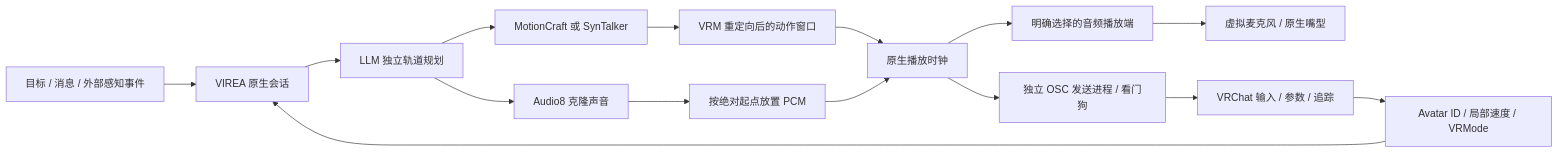
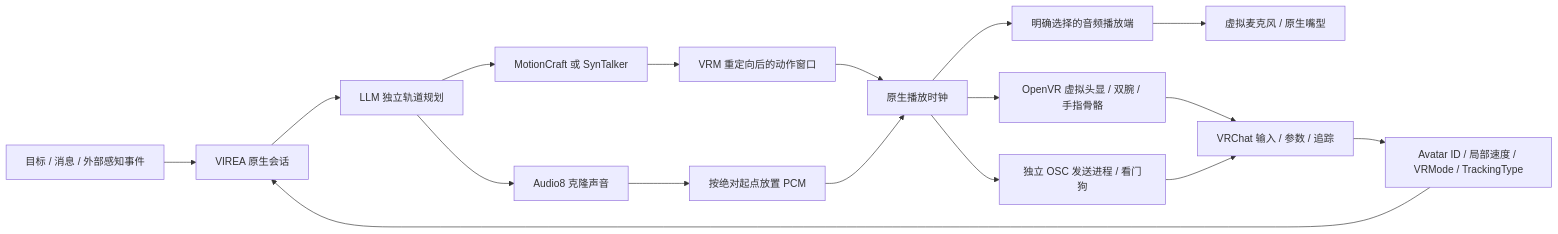
One commit to Moonweave-AI/virea changed the diagram in doc/character/vrchat.zh-CN.md. Above: the diagram before and after it, drawn with Mermaid. The commit also changed other lines of this file and 129 other files, not shown here.

````diff
--- a/doc/character/vrchat.zh-CN.md
+++ b/doc/character/vrchat.zh-CN.md
@@ -53,17 +102,19 @@
 ```mermaid
 flowchart LR
     Goal[目标 / 消息 / 外部感知事件] --> Session[VIREA 原生会话]
     Session --> Planner[LLM 独立轨道规划]
     Planner --> Motion[MotionCraft 或 SynTalker]
     Planner --> TTS[Audio8 克隆声音]
     Motion --> Windows[VRM 重定向后的动作窗口]
     TTS --> PCM[按绝对起点放置 PCM]
     Windows --> Clock[原生播放时钟]
     PCM --> Clock
     Clock --> Audio[明确选择的音频播放端]
     Audio --> Mic[虚拟麦克风 / 原生嘴型]
     Clock --> Guard[独立 OSC 发送进程 / 看门狗]
+    Clock --> Driver[OpenVR 虚拟头显 / 双腕 / 手指骨骼]
+    Driver --> VRC
     Guard --> VRC[VRChat 输入 / 参数 / 追踪]
-    VRC --> Feedback[Avatar ID / 局部速度 / VRMode]
+    VRC --> Feedback[Avatar ID / 局部速度 / VRMode / TrackingType]
     Feedback --> Session
 ```
````
